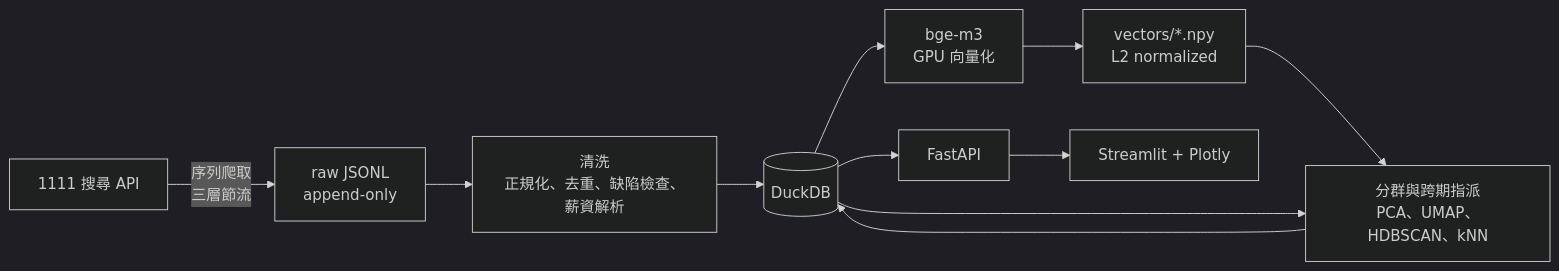
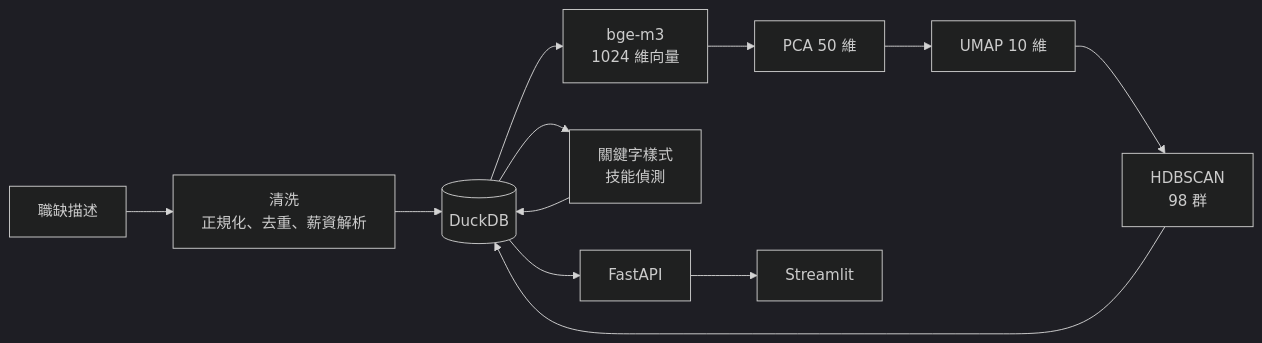
One commit to haoagentuse-glitch/job-market-transition-tracker changed the diagram in README.md. Above: the diagram before and after it, drawn with Mermaid (dark theme). The commit also changed other lines of this file, not shown here.

````diff
--- a/README.md
+++ b/README.md
@@ -39,13 +44,14 @@
 ```mermaid
 flowchart LR
-    A["1111 搜尋 API"] -->|序列爬取<br/>三層節流| B["raw JSONL<br/>append-only"]
-    B --> C["清洗<br/>正規化、去重、缺陷檢查、薪資解析"]
-    C --> D[("DuckDB")]
-    D --> E["bge-m3<br/>GPU 向量化"]
-    E --> F["vectors/*.npy<br/>L2 normalized"]
-    F --> G["分群與跨期指派<br/>PCA、UMAP、HDBSCAN、kNN"]
-    D --> G
-    G --> D
-    D --> H["FastAPI"]
-    H --> I["Streamlit + Plotly"]
+    A["職缺描述"] --> B["清洗<br/>正規化、去重、薪資解析"]
+    B --> C[("DuckDB")]
+    C --> D["bge-m3<br/>1024 維向量"]
+    D --> E["PCA 50 維"]
+    E --> F["UMAP 10 維"]
+    F --> G["HDBSCAN<br/>98 群"]
+    C --> H["關鍵字樣式<br/>技能偵測"]
+    G --> C
+    H --> C
+    C --> I["FastAPI"]
+    I --> J["Streamlit"]
 ```
````
